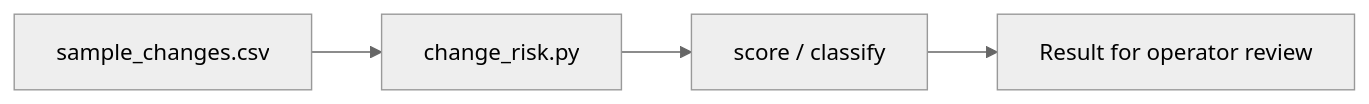
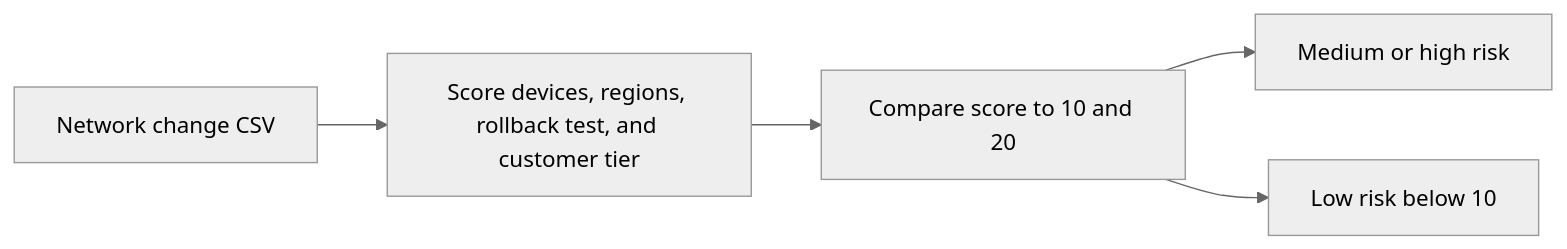
The diagram in docs/ARCHITECTURE.md (Klokesh493/network-change-risk-matrix), drawn with Mermaid (neutral theme) before and after one commit. The commit also changed 1 other file, not shown here.

Commit message:
Show the project decision flow in its README

````diff
--- a/docs/ARCHITECTURE.md
+++ b/docs/ARCHITECTURE.md
@@ -5,8 +5,11 @@
 ```mermaid
 flowchart LR
-    N0["sample_changes.csv"]
-    N1["change_risk.py"]
-    N2["score / classify"]
-    N3["Result for operator review"]
-    N0 --> N1 --> N2 --> N3
+    A["Network change CSV"]
+    B["Score devices, regions, rollback test, and customer tier"]
+    C["Compare score to 10 and 20"]
+    D["Medium or high risk"]
+    E["Low risk below 10"]
+    A --> B --> C
+    C --> D
+    C --> E
 ```
````
